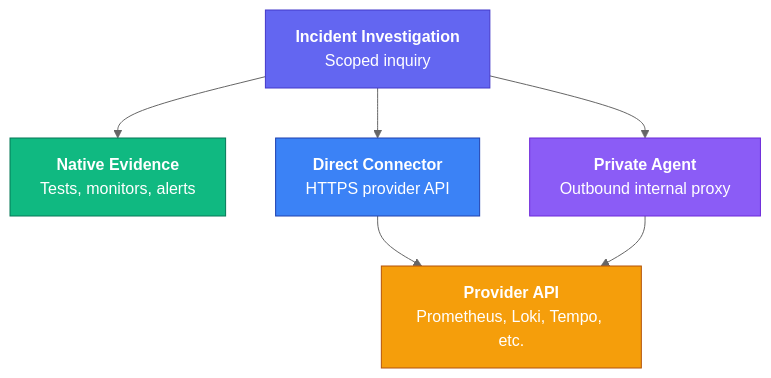
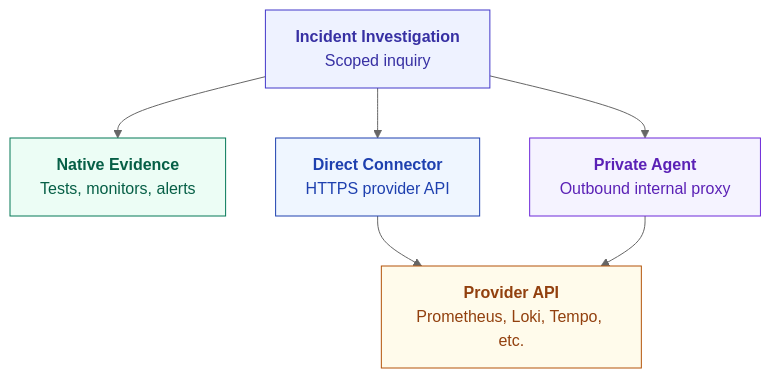
The first of 2 diagrams in docs/content/docs/app/investigate/connectors.mdx (supercheck-io/supercheck), drawn with Mermaid (neutral theme) before and after one commit. The commit also changed other lines of this file and 15 other files, not shown here.

First line of the commit message:
docs: unify diagram styling and add AI SRE to architecture (#309)

````diff
--- a/docs/content/docs/app/investigate/connectors.mdx
+++ b/docs/content/docs/app/investigate/connectors.mdx
@@ -37,14 +37,14 @@
 ```mermaid
 flowchart TB
     Incident["<b>Incident Investigation</b><br/>Scoped inquiry"] --> Native["<b>Native Evidence</b><br/>Tests, monitors, alerts"]
     Incident --> Direct["<b>Direct Connector</b><br/>HTTPS provider API"]
     Incident --> Agent["<b>Private Agent</b><br/>Outbound internal proxy"]
     Direct --> Provider["<b>Provider API</b><br/>Prometheus, Loki, Tempo, etc."]
     Agent --> Provider
 
-    style Incident fill:#6366f1,stroke:#4338ca,color:#fff
-    style Native fill:#10b981,stroke:#047857,color:#fff
-    style Direct fill:#3b82f6,stroke:#1e40af,color:#fff
-    style Agent fill:#8b5cf6,stroke:#6d28d9,color:#fff
-    style Provider fill:#f59e0b,stroke:#b45309,color:#fff
+    style Incident fill:#eef2ff,stroke:#4338ca,color:#3730a3
+    style Native fill:#ecfdf5,stroke:#047857,color:#065f46
+    style Direct fill:#eff6ff,stroke:#1e40af,color:#1e40af
+    style Agent fill:#f5f3ff,stroke:#6d28d9,color:#5b21b6
+    style Provider fill:#fffbeb,stroke:#b45309,color:#92400e
 ```
````
